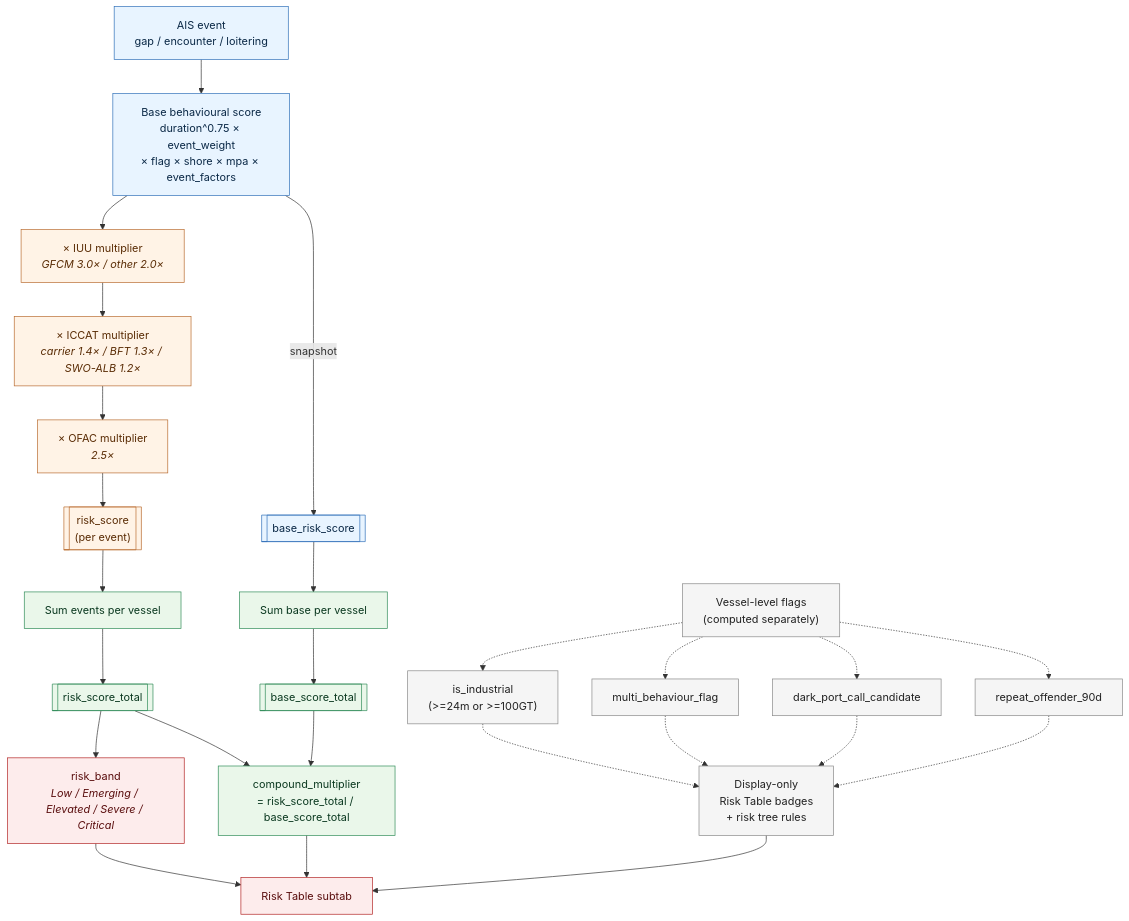
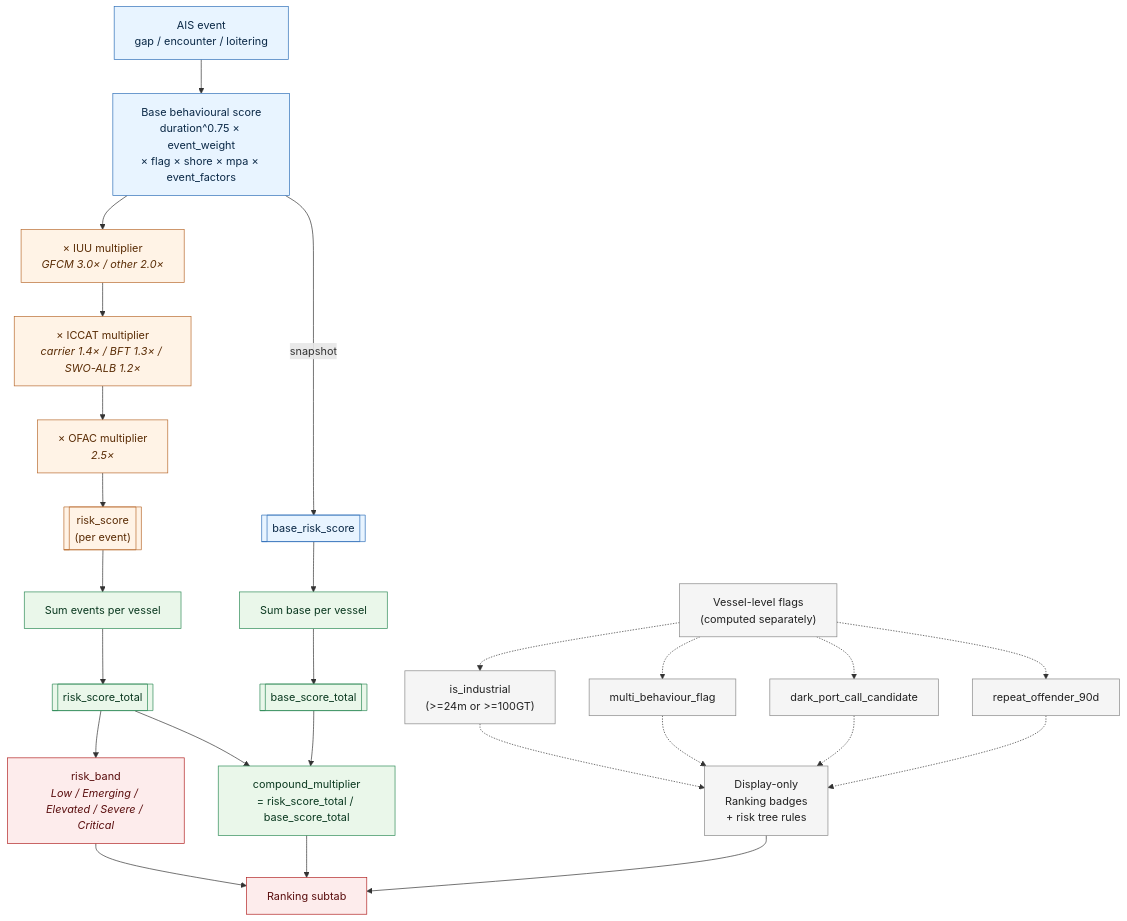
Before and after one commit to emantzoo/med-vessel-behaviour-monitor: the first of 2 diagrams in handout.md, drawn with Mermaid. The commit also changed other lines of this file and 8 other files, not shown here.

First line of the commit message:
Split Risk Table into Ranking + Exploration subtabs, move type mismatch to Trends & Patterns

````diff
--- a/handout.md
+++ b/handout.md
@@ -24,41 +24,41 @@
 ```mermaid
 flowchart TD
     A["AIS event<br/>gap / encounter / loitering"] --> B["Base behavioural score<br/>duration^0.75 × event_weight<br/>× flag × shore × mpa × event_factors"]
     B -->|snapshot| C[["base_risk_score"]]
     B --> D["× IUU multiplier<br/><i>GFCM 3.0× / other 2.0×</i>"]
     D --> E["× ICCAT multiplier<br/><i>carrier 1.4× / BFT 1.3× / SWO-ALB 1.2×</i>"]
     E --> F["× OFAC multiplier<br/><i>2.5×</i>"]
     F --> G[["risk_score<br/>(per event)"]]
 
     G --> H[Sum events per vessel]
     C --> I[Sum base per vessel]
     H --> J[[risk_score_total]]
     I --> K[[base_score_total]]
     J --> L["compound_multiplier<br/>= risk_score_total / base_score_total"]
     K --> L
     J --> M["risk_band<br/><i>Low / Emerging / Elevated / Severe / Critical</i>"]
 
     N["Vessel-level flags<br/>(computed separately)"] -.-> N1["is_industrial<br/>(>=24m or >=100GT)"]
     N -.-> O[multi_behaviour_flag]
     N -.-> P[dark_port_call_candidate]
     N -.-> Q[repeat_offender_90d]
-    N1 -.-> R["Display-only<br/>Risk Table badges<br/>+ risk tree rules"]
+    N1 -.-> R["Display-only<br/>Ranking badges<br/>+ risk tree rules"]
     O -.-> R
     P -.-> R
     Q -.-> R
 
-    M --> S[Risk Table subtab]
+    M --> S[Ranking subtab]
     L --> S
     R --> S
 
     classDef behav fill:#e8f4ff,stroke:#2e6fb8,color:#0b2947
     classDef compliance fill:#fff3e6,stroke:#b86a2e,color:#5a2c05
     classDef agg fill:#eaf7ea,stroke:#2e8b57,color:#0b3920
     classDef band fill:#fdecec,stroke:#b22222,color:#5a0e0e
     classDef flag fill:#f5f5f5,stroke:#888,color:#222
     class A,B,C behav
     class D,E,F,G compliance
     class H,I,J,K,L agg
     class M,S band
     class N,N1,O,P,Q,R flag
 ```
````
